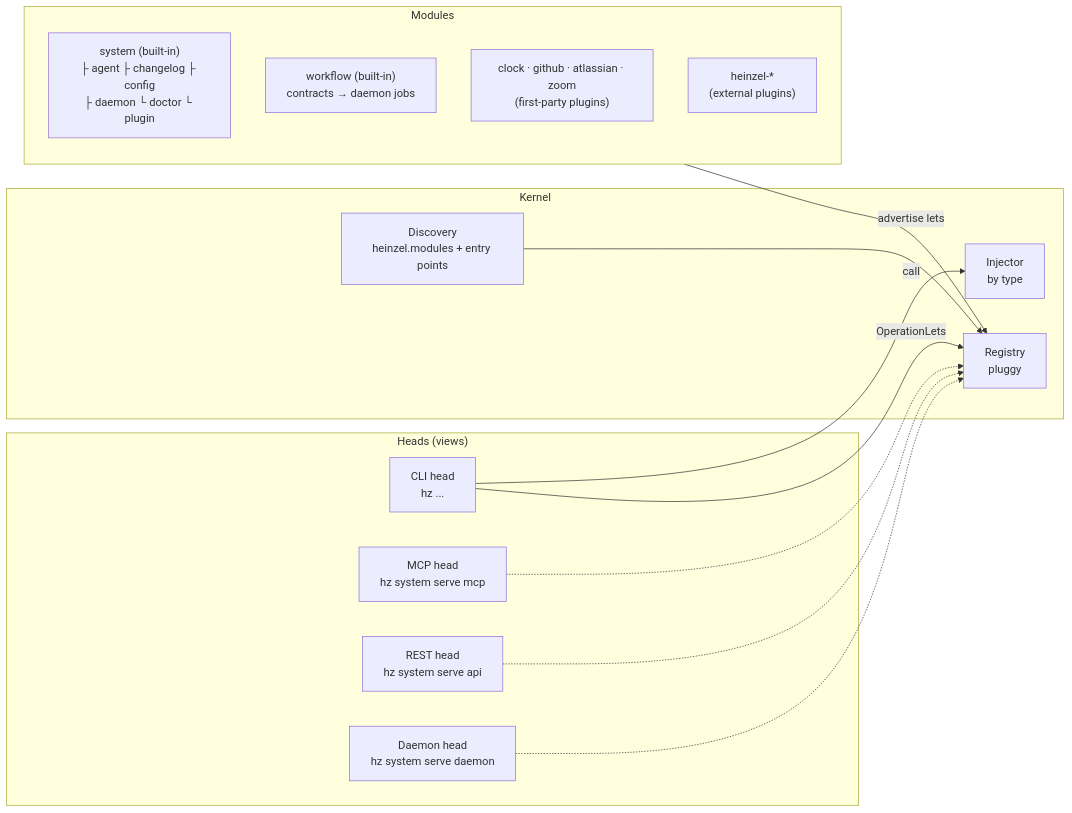
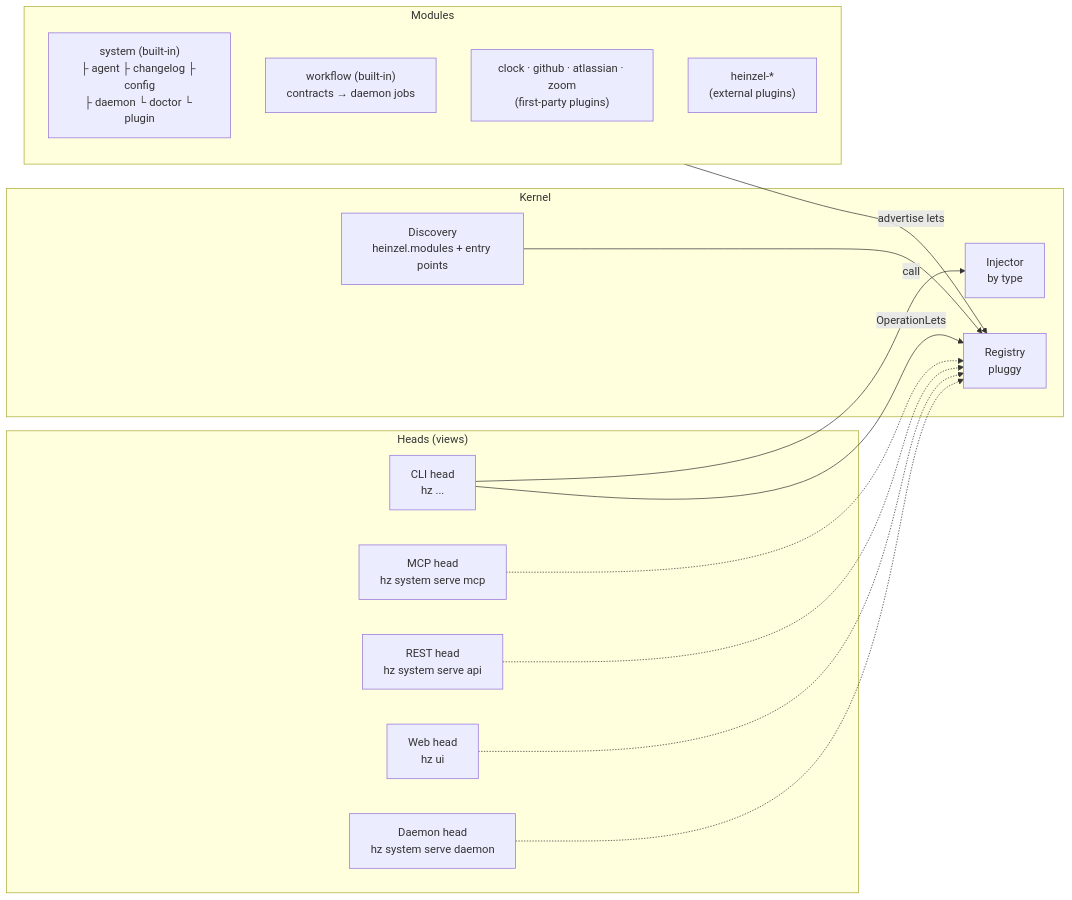
The diagram in docs/ARCHITECTURE.md (helmut-hoffer-von-ankershoffen/heinzel), drawn with Mermaid before and after one commit. The commit also changed other lines of this file and 138 other files, not shown here.

````diff
--- a/docs/ARCHITECTURE.md
+++ b/docs/ARCHITECTURE.md
@@ -5,27 +5,29 @@
 ```mermaid
 flowchart LR
     subgraph Heads["Heads (views)"]
         CLI["CLI head<br/>hz ..."]
         MCP["MCP head<br/>hz system serve mcp"]
         REST["REST head<br/>hz system serve api"]
+        Web["Web head<br/>hz ui"]
         Daemon["Daemon head<br/>hz system serve daemon"]
     end
     subgraph Kernel
         Discovery["Discovery<br/>heinzel.modules + entry points"]
         Registry["Registry<br/>pluggy"]
         Injector["Injector<br/>by type"]
     end
     subgraph Modules
         System["system (built-in)<br/>├ agent ├ changelog ├ config<br/>├ daemon └ doctor └ plugin"]
         Workflow["workflow (built-in)<br/>contracts → daemon jobs"]
         Clock["clock · github · atlassian · zoom<br/>(first-party plugins)"]
         Ext["heinzel-*<br/>(external plugins)"]
     end
     Discovery --> Registry
     Modules -- "advertise lets" --> Registry
     CLI -- "OperationLets" --> Registry
     MCP -.-> Registry
     REST -.-> Registry
+    Web -.-> Registry
     Daemon -.-> Registry
     CLI -- "call" --> Injector
 ```
````
